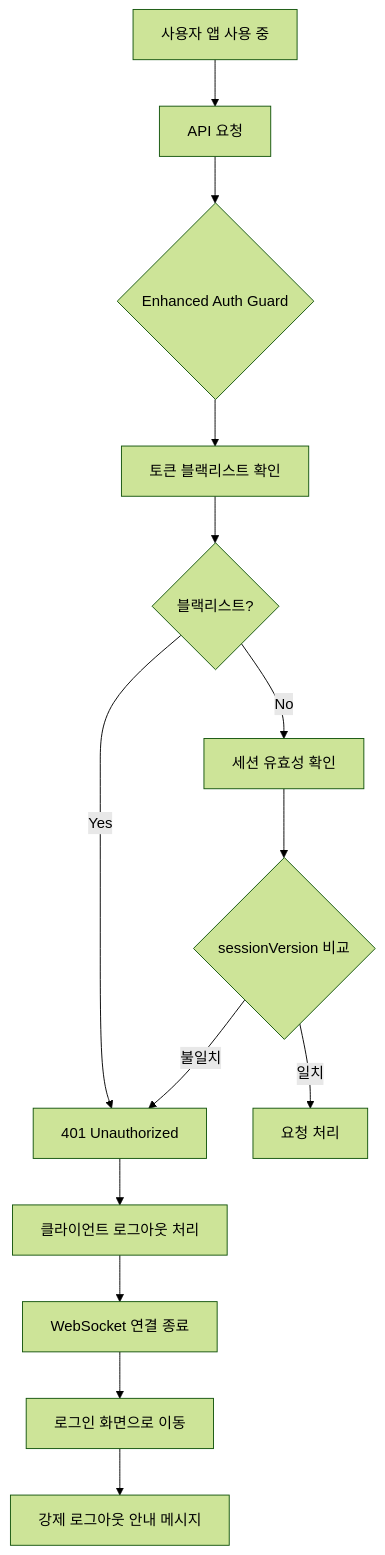
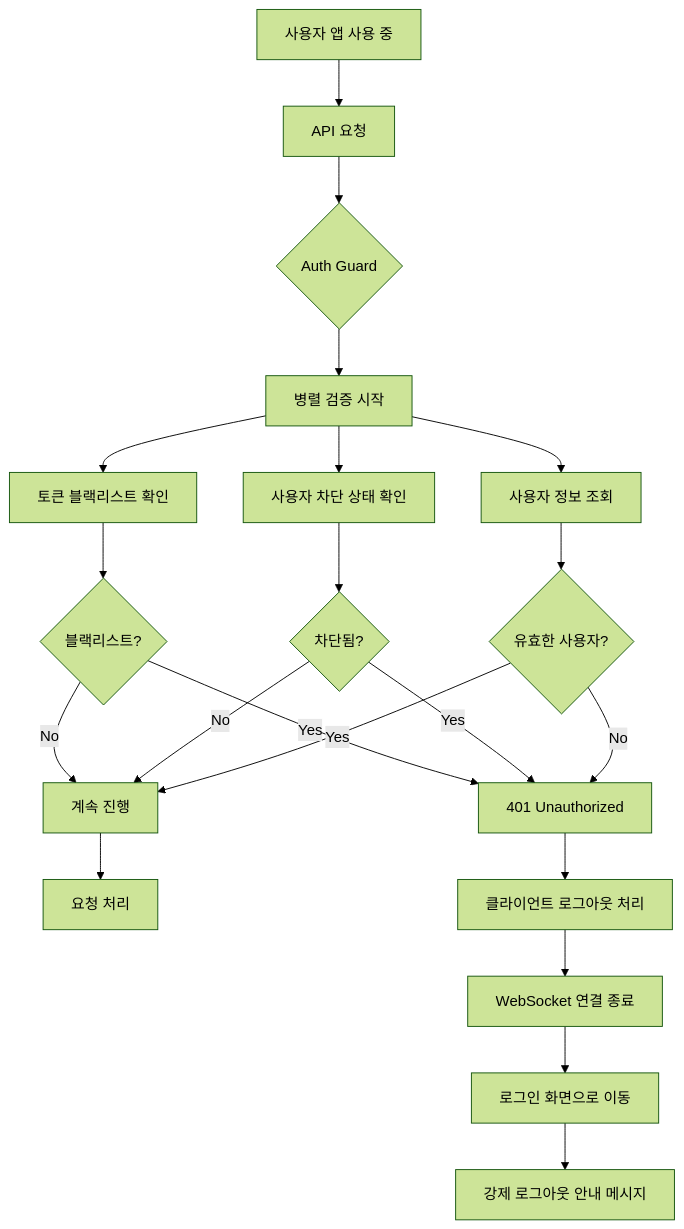
One commit to maximizest/connecto-nest changed diagram 18 of 44 in .md/flow.md. Above: the diagram before and after it, drawn with Mermaid (forest theme). The commit also changed other lines of this file and 3 other files, not shown here.

````diff
--- a/.md/flow.md
+++ b/.md/flow.md
@@ -713,21 +713,30 @@
 ```mermaid
 graph TD
     A[사용자 앱 사용 중] --> B[API 요청]
-    B --> C{Enhanced Auth Guard}
+    B --> C{Auth Guard}
 
-    C --> D[토큰 블랙리스트 확인]
-    D --> E{블랙리스트?}
+    C --> D[병렬 검증 시작]
+    D --> E[토큰 블랙리스트 확인]
+    D --> F[사용자 차단 상태 확인]
+    D --> G[사용자 정보 조회]
 
-    E -->|Yes| F[401 Unauthorized]
-    E -->|No| G[세션 유효성 확인]
+    E --> H{블랙리스트?}
+    F --> I{차단됨?}
+    G --> J{유효한 사용자?}
 
-    G --> H{sessionVersion 비교}
-    H -->|불일치| F
-    H -->|일치| I[요청 처리]
+    H -->|Yes| K[401 Unauthorized]
+    I -->|Yes| K
+    J -->|No| K
 
-    F --> J[클라이언트 로그아웃 처리]
-    J --> K[WebSocket 연결 종료]
-    K --> L[로그인 화면으로 이동]
+    H -->|No| L[계속 진행]
+    I -->|No| L
+    J -->|Yes| L
 
-    L --> M[강제 로그아웃 안내 메시지]
+    L --> M[요청 처리]
+
+    K --> N[클라이언트 로그아웃 처리]
+    N --> O[WebSocket 연결 종료]
+    O --> P[로그인 화면으로 이동]
+
+    P --> Q[강제 로그아웃 안내 메시지]
 ```
````
